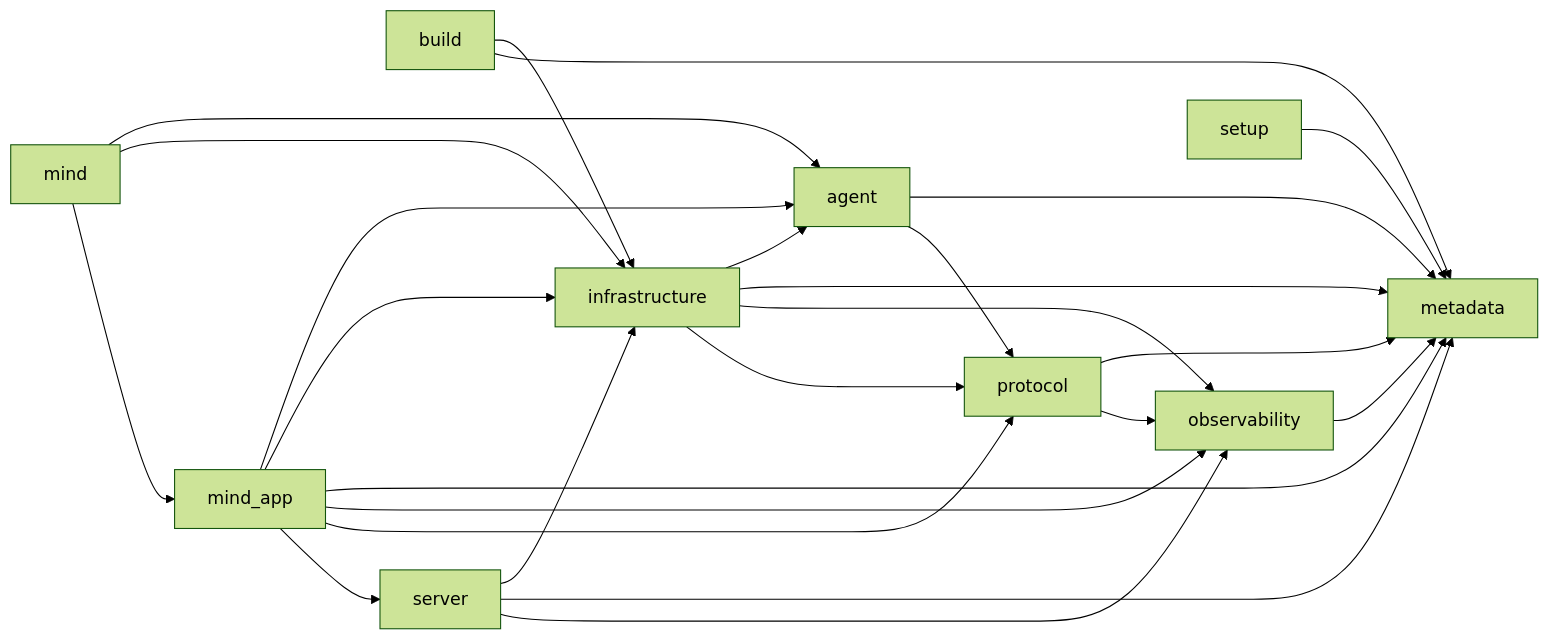
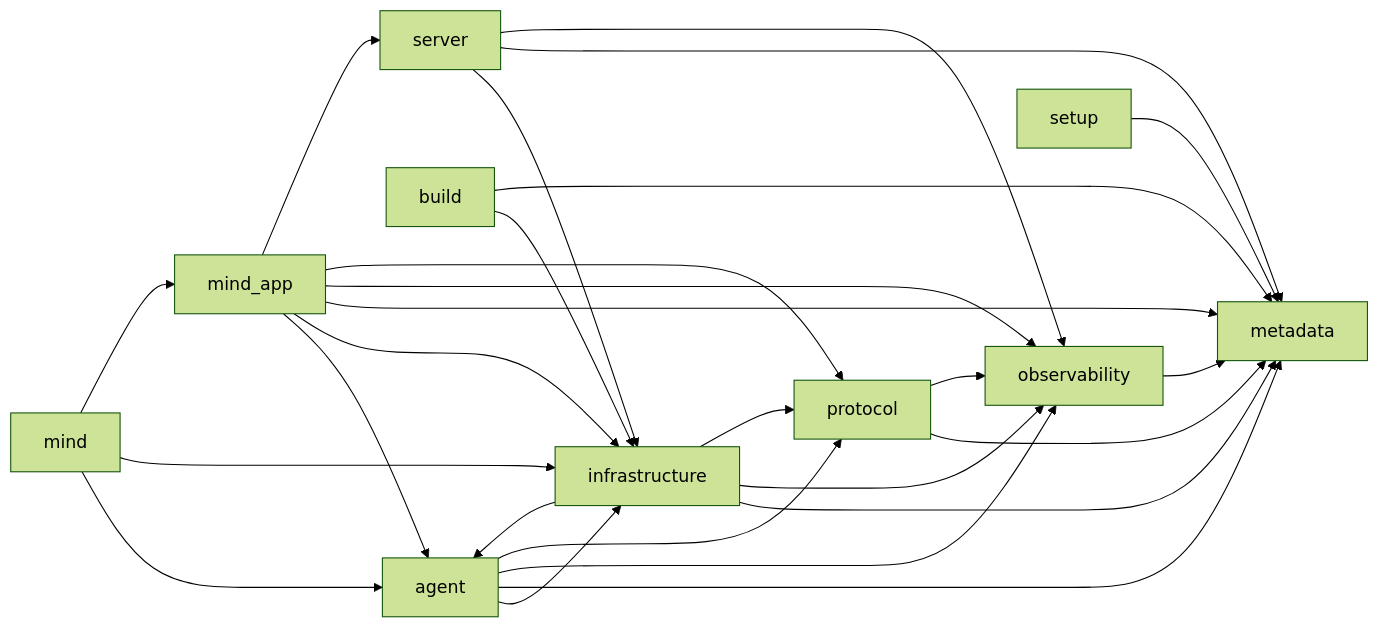
One commit to AxionixLabs/ProxyMind changed the diagram in AGENT_RUNTIME_IMPORT_GRAPH.md. Above: the diagram before and after it, drawn with Mermaid (forest theme). The commit also changed other lines of this file and 13 other files, not shown here.

Commit message:
move agent graph persistence to stores

````diff
--- a/AGENT_RUNTIME_IMPORT_GRAPH.md
+++ b/AGENT_RUNTIME_IMPORT_GRAPH.md
@@ -15,27 +15,29 @@
 ```mermaid
 flowchart LR
+    agent --> infrastructure
     agent --> metadata
+    agent --> observability
     agent --> protocol
     build --> infrastructure
     build --> metadata
     infrastructure --> agent
     infrastructure --> metadata
     infrastructure --> observability
     infrastructure --> protocol
     mind --> agent
     mind --> infrastructure
     mind --> mind_app
     mind_app --> agent
     mind_app --> infrastructure
     mind_app --> metadata
     mind_app --> observability
     mind_app --> protocol
     mind_app --> server
     observability --> metadata
     protocol --> metadata
     protocol --> observability
     server --> infrastructure
     server --> metadata
     server --> observability
     setup --> metadata
 ```
````
